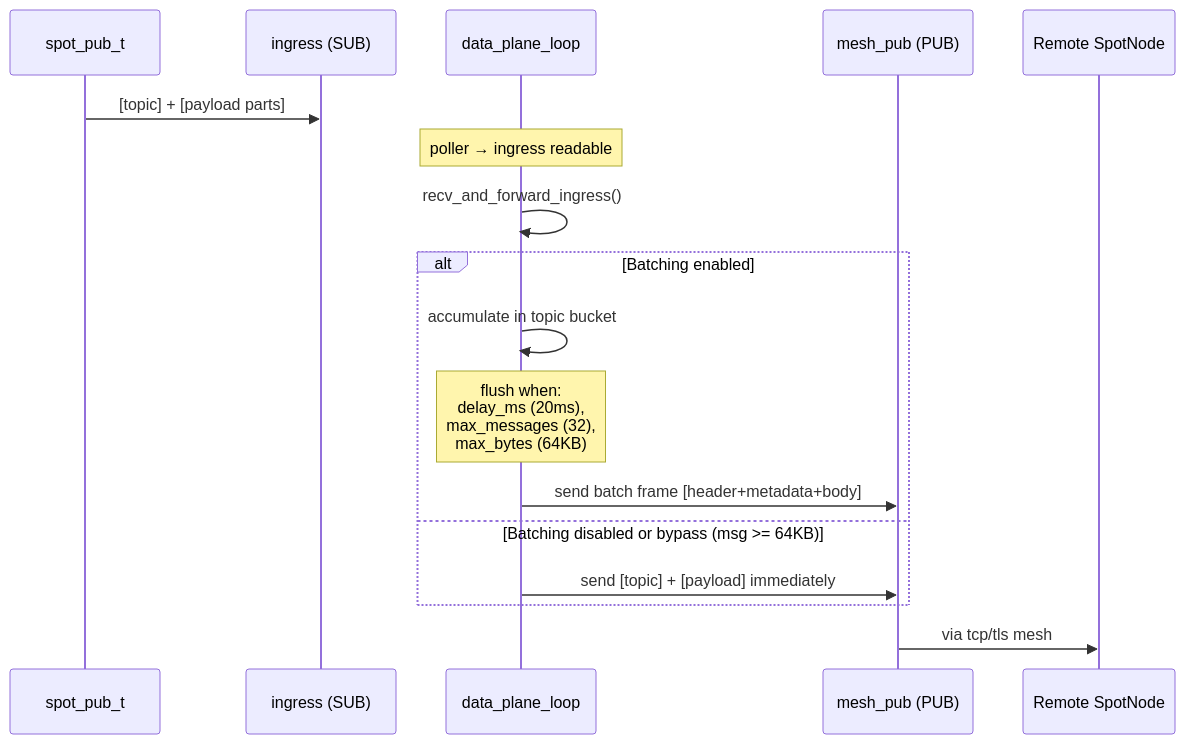
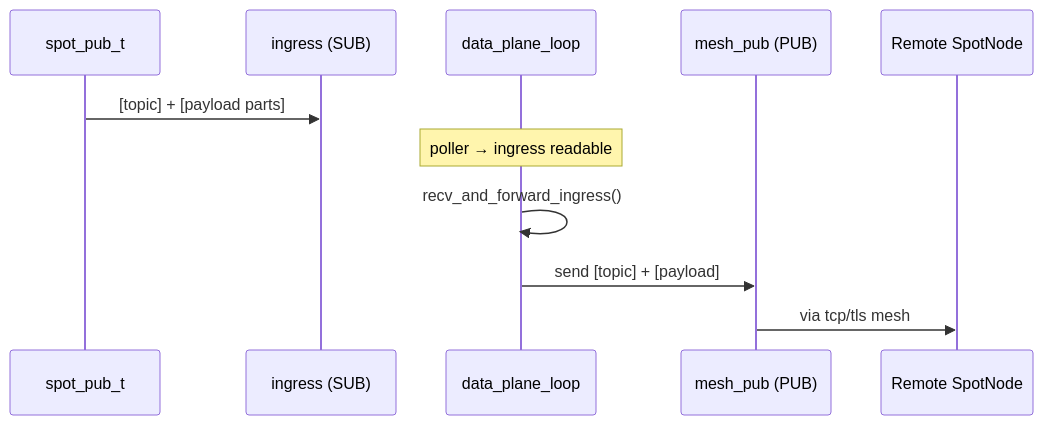
Before and after one commit to kairos-code-dev/zlink: the sixth of 14 diagrams in doc/internals/spot-internals.md, drawn with Mermaid. The commit also changed other lines of this file and 624 other files, not shown here.

````diff
--- a/doc/internals/spot-internals.md
+++ b/doc/internals/spot-internals.md
@@ -190,22 +190,16 @@
 ```mermaid
 sequenceDiagram
     participant Pub as spot_pub_t
     participant Ingress as ingress (SUB)
     participant DP as data_plane_loop
     participant MeshPub as mesh_pub (PUB)
     participant Remote as Remote SpotNode
 
     Pub->>Ingress: [topic] + [payload parts]
     Note over DP: poller → ingress readable
     DP->>DP: recv_and_forward_ingress()
 
-    alt Batching enabled
-        DP->>DP: accumulate in topic bucket
-        Note over DP: flush when:<br/>delay_ms (20ms),<br/>max_messages (32),<br/>max_bytes (64KB)
-        DP->>MeshPub: send batch frame [header+metadata+body]
-    else Batching disabled or bypass (msg >= 64KB)
-        DP->>MeshPub: send [topic] + [payload] immediately
-    end
+    DP->>MeshPub: send [topic] + [payload]
 
     MeshPub->>Remote: via tcp/tls mesh
 ```
````
